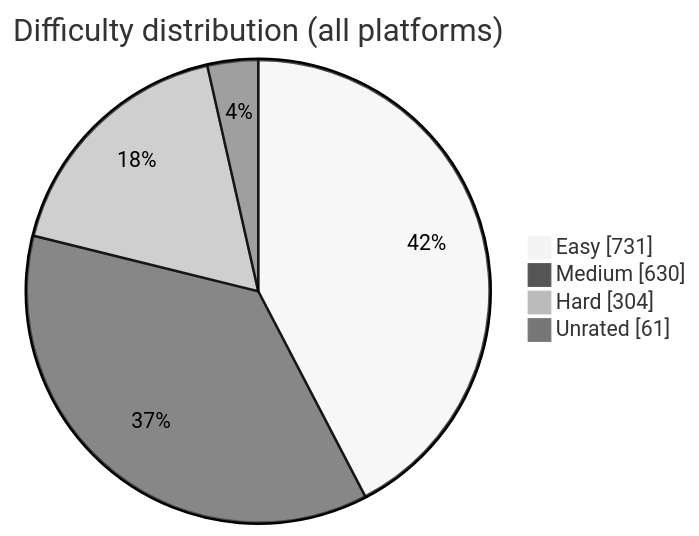
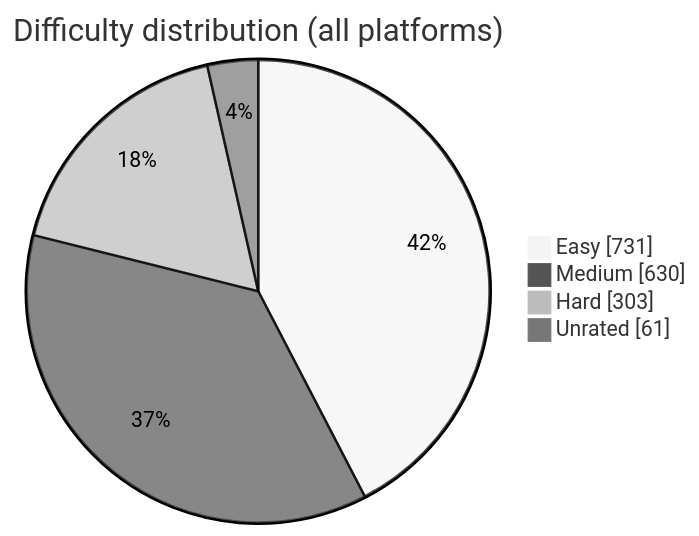
The diagram in README.md (BuildbyArindam/Daily-Coding-Log), drawn with Mermaid (neutral theme) before and after one commit. The commit also changed other lines of this file, not shown here.

````diff
--- a/README.md
+++ b/README.md
@@ -93,7 +93,7 @@
 ```mermaid
 pie showData title Difficulty distribution (all platforms)
     "Easy" : 731
     "Medium" : 630
-    "Hard" : 304
+    "Hard" : 303
     "Unrated" : 61
 ```
````
